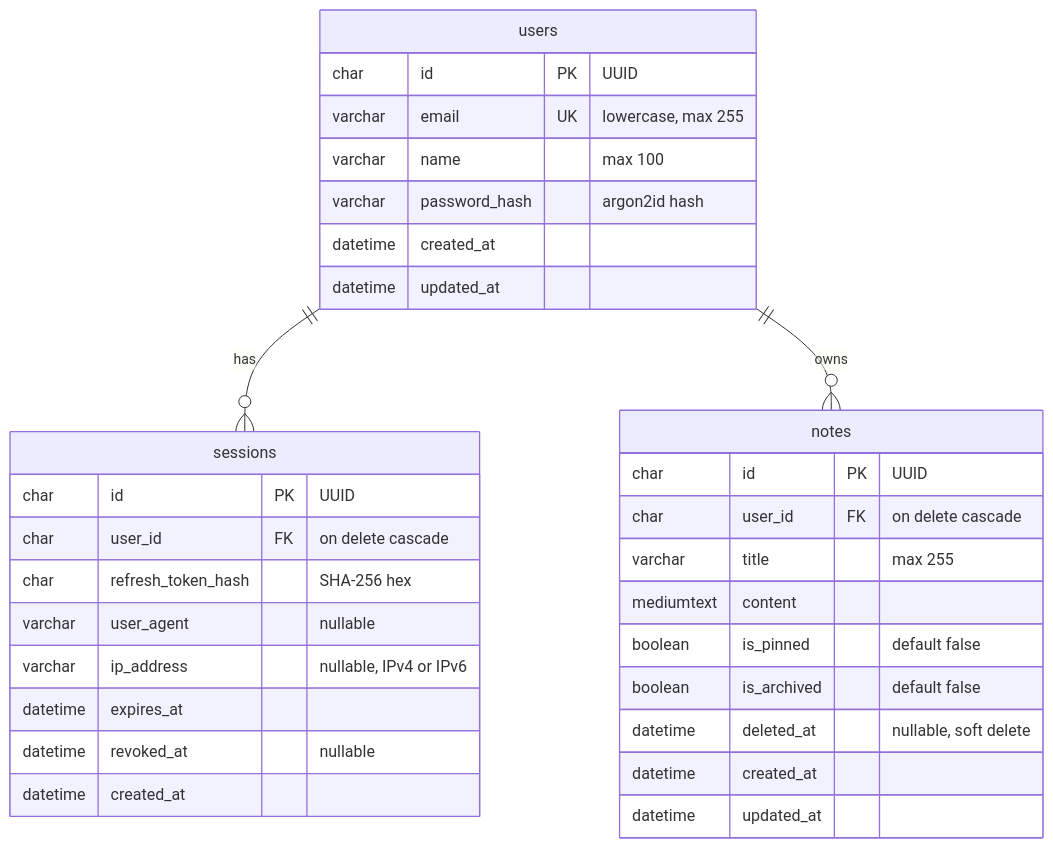
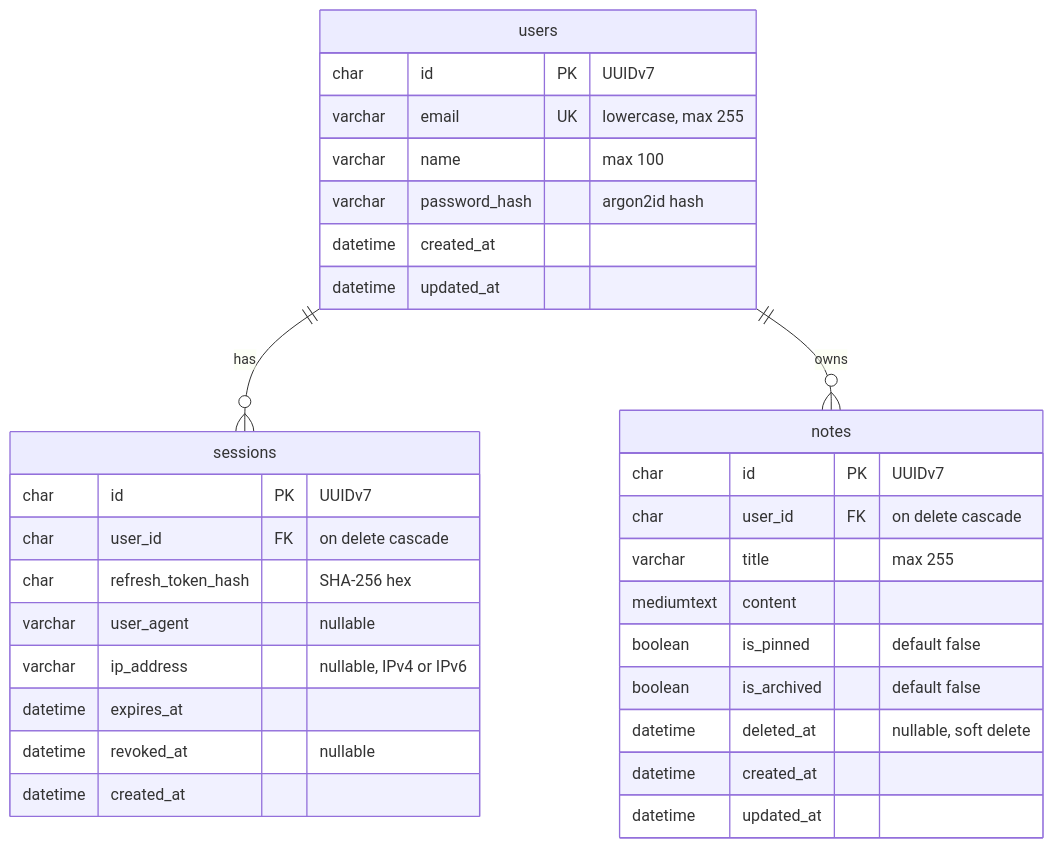
The diagram in docs/erd.md (Saad-Ahsan626/notely-backend), drawn with Mermaid before and after one commit. The commit also changed other lines of this file and 31 other files, not shown here.

````diff
--- a/docs/erd.md
+++ b/docs/erd.md
@@ -5,37 +6,37 @@
 ```mermaid
 erDiagram
     users ||--o{ sessions : "has"
     users ||--o{ notes : "owns"
 
     users {
-        char id PK "UUID"
+        char id PK "UUIDv7"
         varchar email UK "lowercase, max 255"
         varchar name "max 100"
         varchar password_hash "argon2id hash"
         datetime created_at
         datetime updated_at
     }
 
     sessions {
-        char id PK "UUID"
+        char id PK "UUIDv7"
         char user_id FK "on delete cascade"
         char refresh_token_hash "SHA-256 hex"
         varchar user_agent "nullable"
         varchar ip_address "nullable, IPv4 or IPv6"
         datetime expires_at
         datetime revoked_at "nullable"
         datetime created_at
     }
 
     notes {
-        char id PK "UUID"
+        char id PK "UUIDv7"
         char user_id FK "on delete cascade"
         varchar title "max 255"
         mediumtext content
         boolean is_pinned "default false"
         boolean is_archived "default false"
         datetime deleted_at "nullable, soft delete"
         datetime created_at
         datetime updated_at
     }
 ```
````
